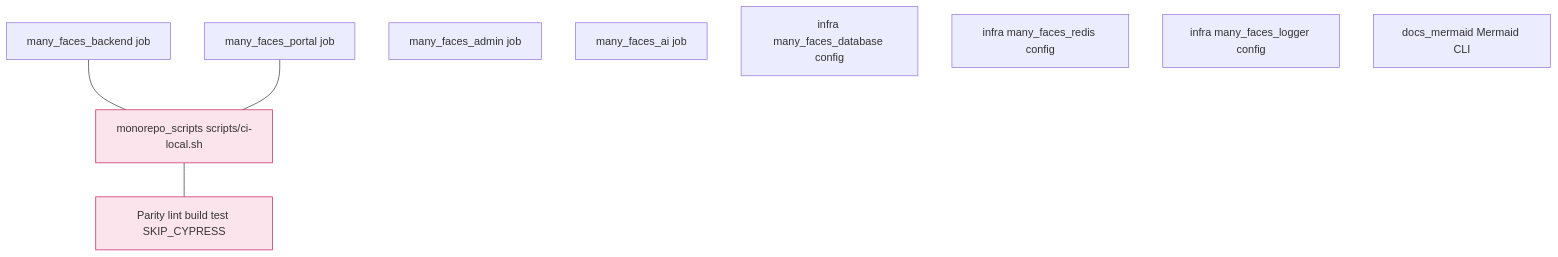
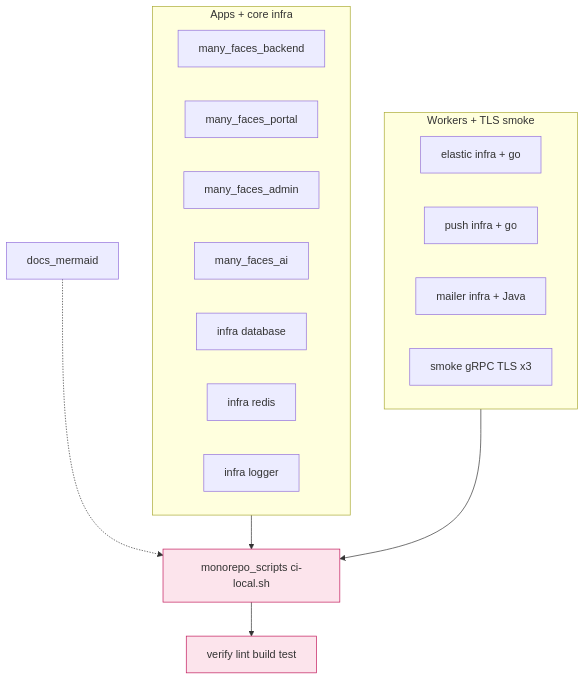
Before and after one commit to 01laky/mfai_demo: the third of 6 diagrams in docs/guides/development.md, drawn with Mermaid. The commit also changed other lines of this file and 18 other files, not shown here.

First line of the commit message:
docs+ci: dev stack contracts, guides, Mermaid, and verify script

````diff
--- a/docs/guides/development.md
+++ b/docs/guides/development.md
@@ -161,19 +177,28 @@
 ```mermaid
 flowchart TB
-  BEJ[many_faces_backend job]
-  FEJ[many_faces_portal job]
-  ADJ[many_faces_admin job]
-  AIJ[many_faces_ai job]
-  DBJ[infra many_faces_database config]
-  RDJ[infra many_faces_redis config]
-  LGJ[infra many_faces_logger config]
-  DOCSJ[docs_mermaid Mermaid CLI]
-  MONO[monorepo_scripts scripts/ci-local.sh]
-  PARITY[Parity lint build test SKIP_CYPRESS]
-  BEJ --- MONO
-  FEJ --- MONO
-  MONO --- PARITY
+  subgraph apps [Apps + core infra]
+    BEJ[many_faces_backend]
+    FEJ[many_faces_portal]
+    ADJ[many_faces_admin]
+    AIJ[many_faces_ai]
+    DBJ[infra database]
+    RDJ[infra redis]
+    LGJ[infra logger]
+  end
+  subgraph workers [Workers + TLS smoke]
+    ESJ[elastic infra + go]
+    PUJ[push infra + go]
+    MAJ[mailer infra + Java]
+    SMJ[smoke gRPC TLS x3]
+  end
+  DOCSJ[docs_mermaid]
+  MONO[monorepo_scripts ci-local.sh]
+  PARITY[verify lint build test]
+  apps --> MONO
+  workers --> MONO
+  DOCSJ -.-> MONO
+  MONO --> PARITY
 
   classDef queueFill fill:#fce4ec,stroke:#c2185b
   class MONO,PARITY queueFill
 ```
````
